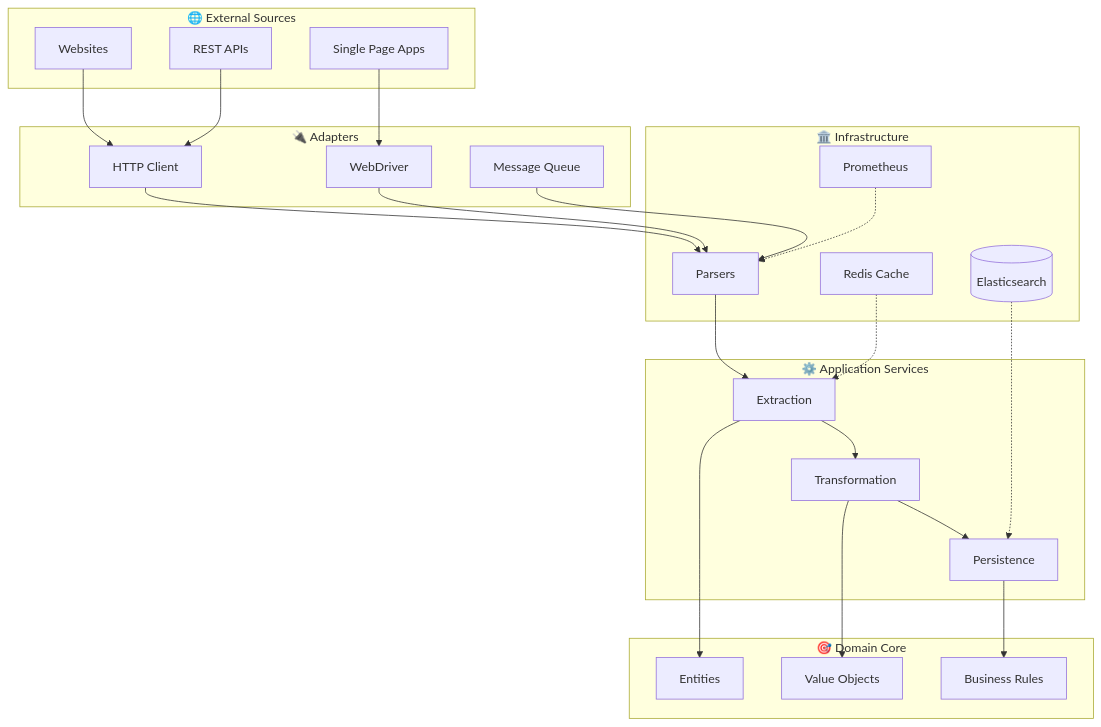
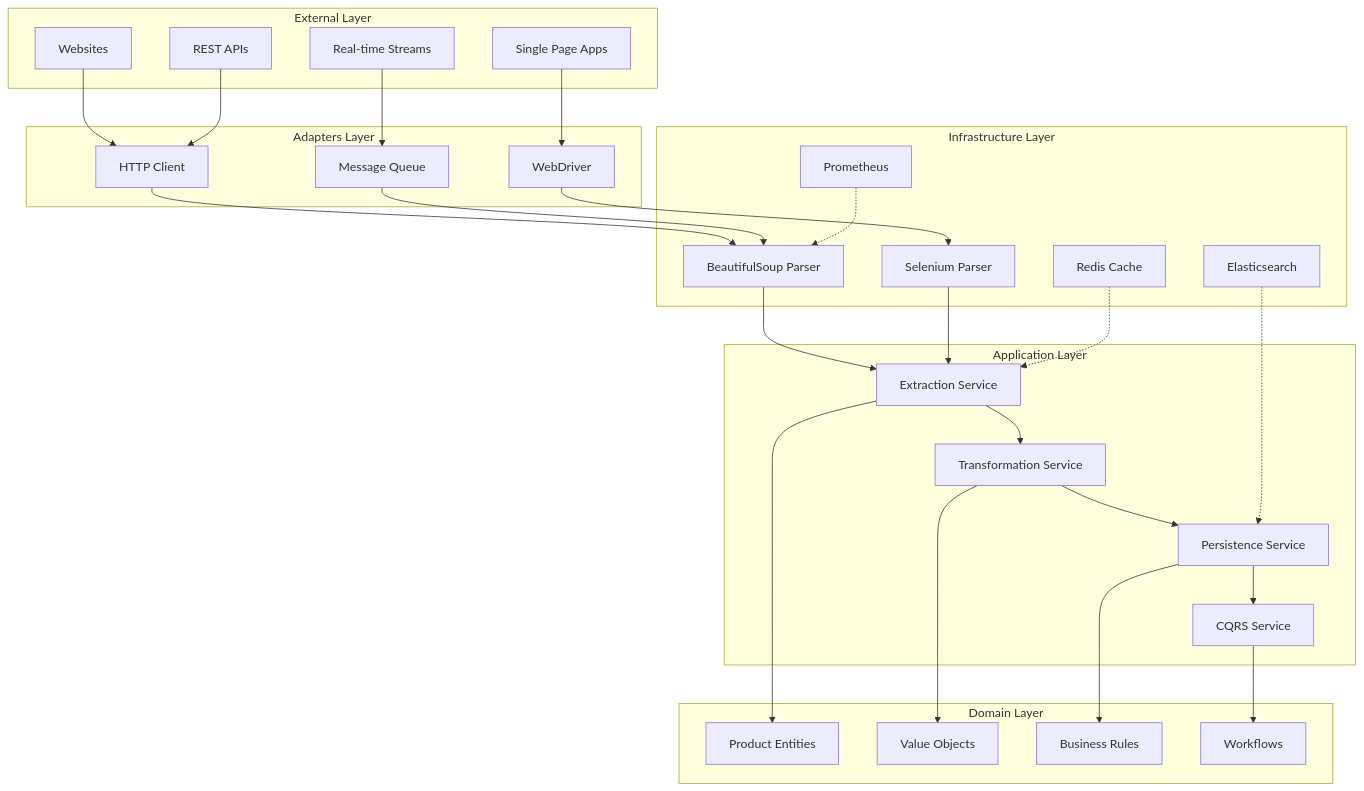
The diagram in README.md (TensorScholar/data-acquisition-framework), drawn with Mermaid before and after one commit. The commit also changed other lines of this file, not shown here.

Commit message:
docs: Enhance introduction and restructure architecture diagram
- Expanded introduction with detailed description of framework capabilities
- Added clear explanation of DDD, CQRS, and testing approach
- Specified use cases and target scenarios
- Restructured architecture diagram with clear layer separation
- Used alphabetical labels for better readability
- Showed proper data flow through each layer
- Made diagram more structured and professional

````diff
--- a/README.md
+++ b/README.md
@@ -12,53 +16,62 @@
 ```mermaid
 graph TB
-    subgraph "🌐 External Sources"
-        WEB[Websites]
-        API[REST APIs]
-        SPA[Single Page Apps]
+    subgraph "External Layer"
+        A[Websites]
+        B[REST APIs]
+        C[Single Page Apps]
+        D[Real-time Streams]
     end
     
-    subgraph "🔌 Adapters"
-        HTTP[HTTP Client]
-        SEL[WebDriver]
-        QUEUE[Message Queue]
+    subgraph "Adapters Layer"
+        E[HTTP Client]
+        F[WebDriver]
+        G[Message Queue]
     end
     
-    subgraph "🏛️ Infrastructure"
-        PARSE[Parsers]
-        CACHE[Redis Cache]
-        DB[(Elasticsearch)]
-        MONITOR[Prometheus]
+    subgraph "Infrastructure Layer"
+        H[BeautifulSoup Parser]
+        I[Selenium Parser]
+        J[Redis Cache]
+        K[Elasticsearch]
+        L[Prometheus]
     end
     
-    subgraph "⚙️ Application Services"
-        EXTRACT[Extraction]
-        TRANSFORM[Transformation]
-        PERSIST[Persistence]
+    subgraph "Application Layer"
+        M[Extraction Service]
+        N[Transformation Service]
+        O[Persistence Service]
+        P[CQRS Service]
     end
     
-    subgraph "🎯 Domain Core"
-        ENTITIES[Entities]
-        VALUE_OBJ[Value Objects]
-        SPECS[Business Rules]
+    subgraph "Domain Layer"
+        Q[Product Entities]
+        R[Value Objects]
+        S[Business Rules]
+        T[Workflows]
     end
     
-    WEB --> HTTP
-    API --> HTTP
-    SPA --> SEL
+    A --> E
+    B --> E
+    C --> F
+    D --> G
     
-    HTTP --> PARSE
-    SEL --> PARSE
-    QUEUE --> PARSE
+    E --> H
+    F --> I
+    G --> H
     
-    PARSE --> EXTRACT
-    EXTRACT --> TRANSFORM
-    TRANSFORM --> PERSIST
+    H --> M
+    I --> M
     
-    EXTRACT --> ENTITIES
-    TRANSFORM --> VALUE_OBJ
-    PERSIST --> SPECS
+    M --> N
+    N --> O
+    O --> P
     
-    CACHE -.-> EXTRACT
-    DB -.-> PERSIST
-    MONITOR -.-> PARSE
+    M --> Q
+    N --> R
+    O --> S
+    P --> T
+    
+    J -.-> M
+    K -.-> O
+    L -.-> H
 ```
````
